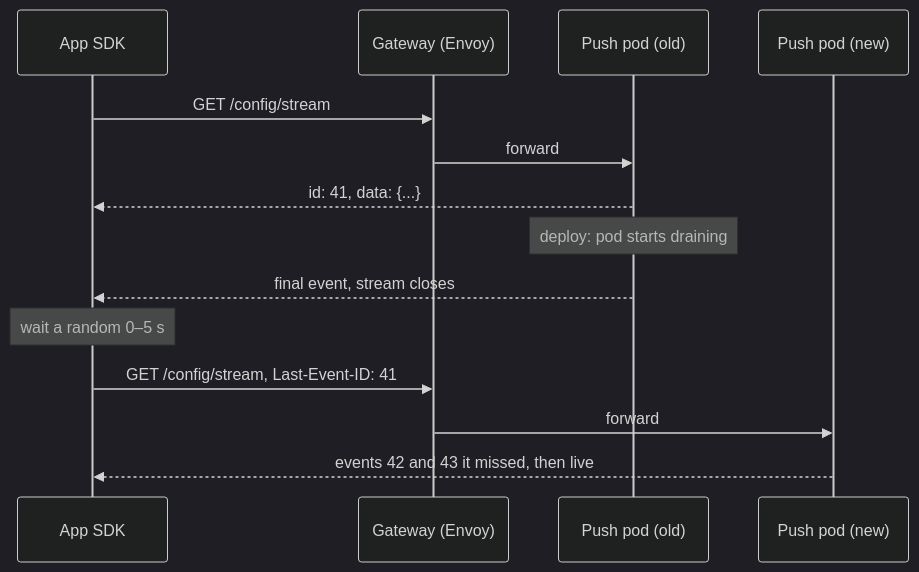
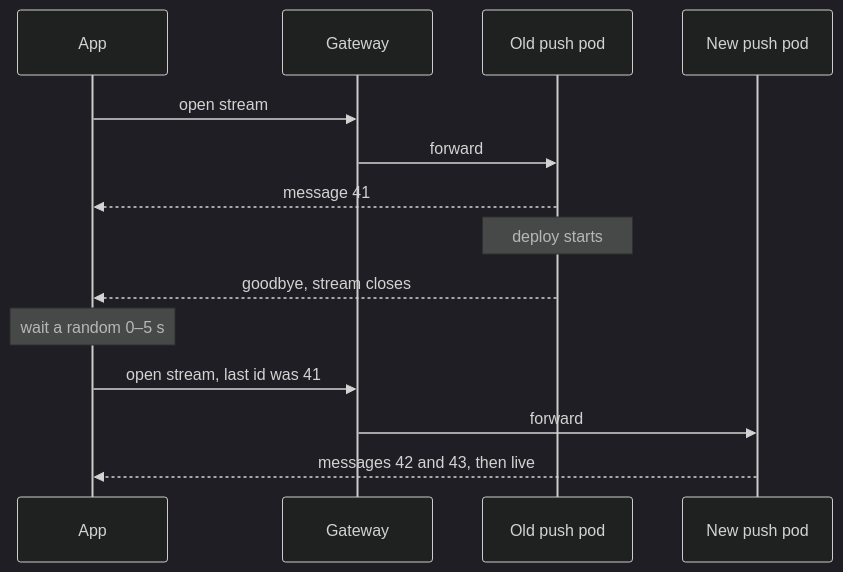
One commit to fadhilmch/fadhilmch.github.io changed the diagram in _posts/2025-03-22-sse-through-a-service-mesh.md. Above: the diagram before and after it, drawn with Mermaid (dark theme). The commit also changed other lines of this file and 1 other file, not shown here.

````diff
--- a/_posts/2025-03-22-sse-through-a-service-mesh.md
+++ b/_posts/2025-03-22-sse-through-a-service-mesh.md
@@ -163,16 +210,16 @@
 ```mermaid
 sequenceDiagram
-  participant C as App SDK
-  participant G as Gateway (Envoy)
-  participant P1 as Push pod (old)
-  participant P2 as Push pod (new)
-  C->>G: GET /config/stream
+  participant C as App
+  participant G as Gateway
+  participant P1 as Old push pod
+  participant P2 as New push pod
+  C->>G: open stream
   G->>P1: forward
-  P1-->>C: id: 41, data: {...}
-  Note over P1: deploy: pod starts draining
-  P1-->>C: final event, stream closes
+  P1-->>C: message 41
+  Note over P1: deploy starts
+  P1-->>C: goodbye, stream closes
   Note over C: wait a random 0–5 s
-  C->>G: GET /config/stream, Last-Event-ID: 41
+  C->>G: open stream, last id was 41
   G->>P2: forward
-  P2-->>C: events 42 and 43 it missed, then live
+  P2-->>C: messages 42 and 43, then live
 ```
````
